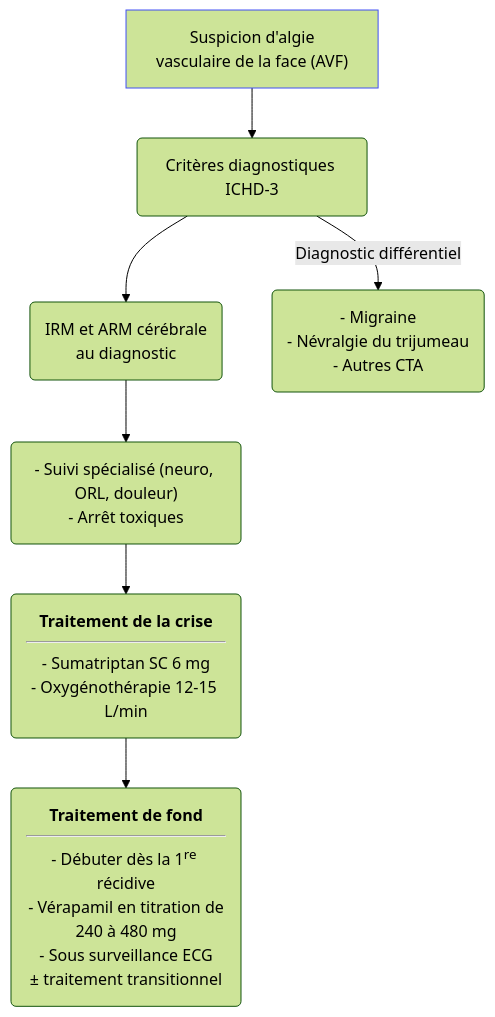
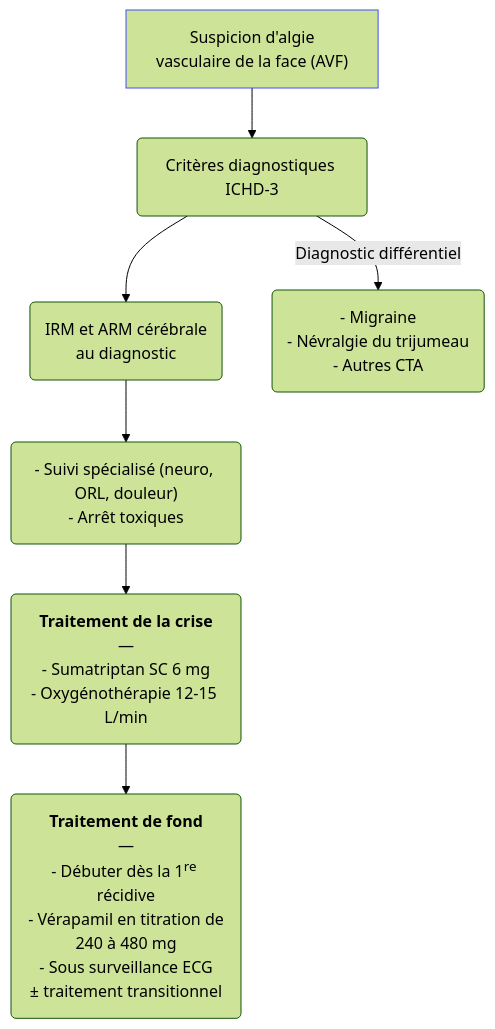
Before and after one commit to djibe/recommandations-medicales: the diagram in content/recommandations/algie-vasculaire-face.md, drawn with Mermaid (forest theme). The commit also changed 51 other files, not shown here.

```diff
--- a/content/recommandations/algie-vasculaire-face.md
+++ b/content/recommandations/algie-vasculaire-face.md
@@ -297,11 +297,11 @@
 {{< mermaid title="Prise en charge de l'algie vasculaire de la face (AVF). Dr JB Fron d'après SFEMC 2014" >}}
 graph TB
 accTitle: Prise en charge de l'algie vasculaire de la face d'après SFEMC 2014
   suspicion["Suspicion d'algie<br>vasculaire de la face (AVF)"] --> ICHD3(Critères diagnostiques ICHD-3)
   style suspicion stroke:#4150f5, stroke-width:1px
     ICHD3 --> examens("IRM et ARM cérébrale<br>au diagnostic")
       examens --> suivi("- Suivi spécialisé (neuro, ORL, douleur)<br>- Arrêt toxiques")
-        suivi --> crise("<b>Traitement de la crise</b><hr>- Sumatriptan SC 6 mg<br>- Oxygénothérapie 12-15 L/min")
-          crise --> fond("<b>Traitement de fond</b><hr>- Débuter dès la 1<sup>re</sup> récidive<br>- Vérapamil en titration de<br>240 à 480 mg<br>- Sous surveillance ECG<br>&plusmn; traitement transitionnel")
+        suivi --> crise("<b>Traitement de la crise</b><br>—<br>- Sumatriptan SC 6 mg<br>- Oxygénothérapie 12-15 L/min")
+          crise --> fond("<b>Traitement de fond</b><br>—<br>- Débuter dès la 1<sup>re</sup> récidive<br>- Vérapamil en titration de<br>240 à 480 mg<br>- Sous surveillance ECG<br>&plusmn; traitement transitionnel")
     ICHD3 -- Diagnostic différentiel --> differentiel("- Migraine<br>- Névralgie du trijumeau<br>- Autres CTA")
 {{< /mermaid >}}
```
